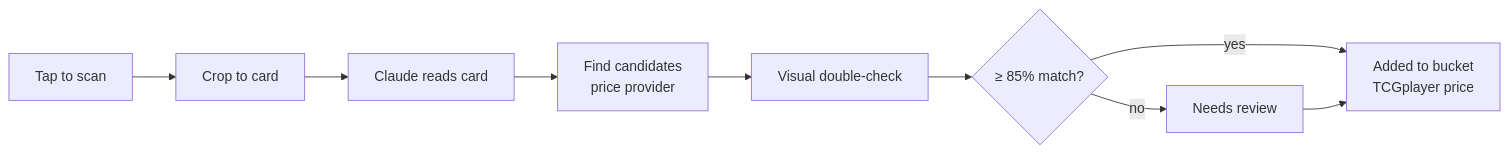
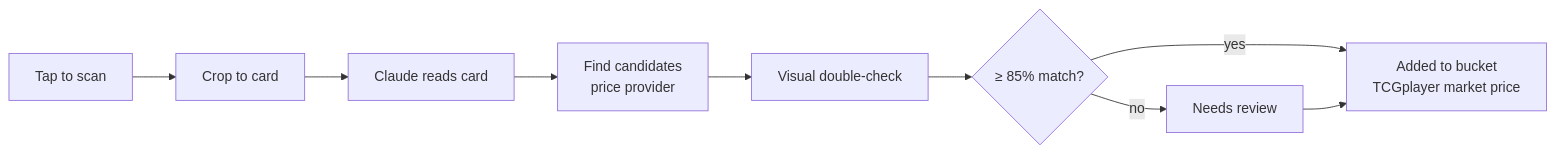
Before and after one commit to thedanny2k/ezscanner: the diagram in README.md, drawn with Mermaid. The commit also changed other lines of this file and 30 other files, not shown here.

Commit message:
TCGplayer market prices (daily) + Collectr-style search

````diff
--- a/README.md
+++ b/README.md
@@ -23,7 +24,7 @@
 ```mermaid
 flowchart LR
   A[Tap to scan] --> B[Crop to card] --> C[Claude reads card] --> D[Find candidates<br/>price provider]
   D --> E[Visual double-check] --> F{≥ 85% match?}
-  F -- yes --> G[Added to bucket<br/>TCGplayer price]
+  F -- yes --> G[Added to bucket<br/>TCGplayer market price]
   F -- no --> H[Needs review] --> G
 ```
````
